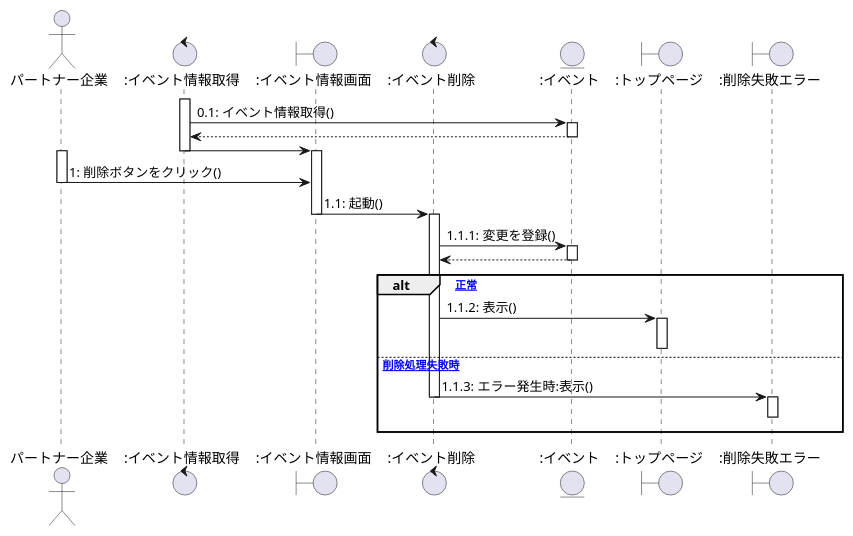
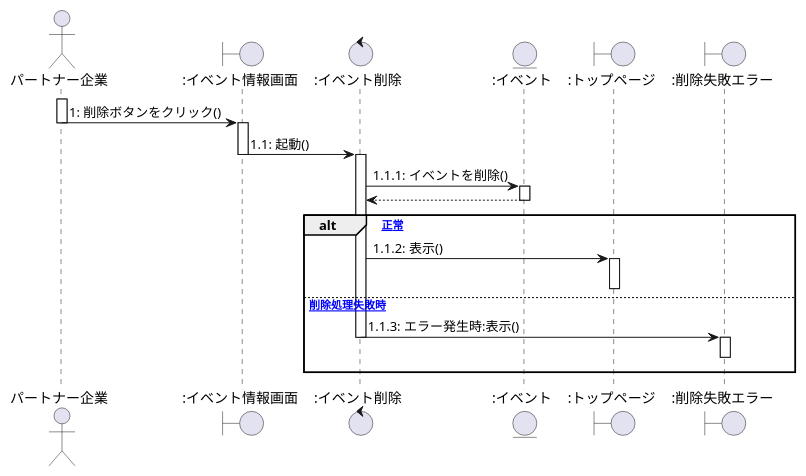
One commit to ksw2270227/GroupF changed the seventh of 10 diagrams in client_sequence.plantuml. Above: the diagram before and after it, drawn with PlantUML. The commit also changed other lines of this file and 1 other file, not shown here.

```diff
--- a/client_sequence.plantuml
+++ b/client_sequence.plantuml
@@ -317,49 +310,51 @@
 @startuml イベント削除
 
 actor パートナー企業 as 0
-Control ":イベント情報取得" as b
+'Control ":イベント情報取得" as b
 Boundary ":イベント情報画面" as a
 Control ":イベント削除" as d
 Entity ":イベント" as en
 Boundary ":トップページ" as e
 Boundary ":削除失敗エラー" as f
 
+/'
 activate b
 b -> en : 0.1: イベント情報取得()
 activate en
 en --> b
 deactivate en
 
 b -> a
 deactivate b
 activate a
+'/
 
 activate 0
     0 -> a :1: 削除ボタンをクリック()
 deactivate 0
+activate a
 
 a -> d :1.1: 起動()
 deactivate a
 
 activate d
-    d -> en :1.1.1: 変更を登録()
+    d -> en :1.1.1: イベントを削除()
 activate en
     d <-- en
 deactivate en
 
 alt [正常]
 d -> e :1.1.2: 表示()
 activate e
 deactivate e
 
 else [削除処理失敗時]
 d -> f :1.1.3: エラー発生時:表示()
 deactivate d
 activate f
 f -[hidden]-> f
 deactivate f
 
 end
 
-
 @enduml
```
